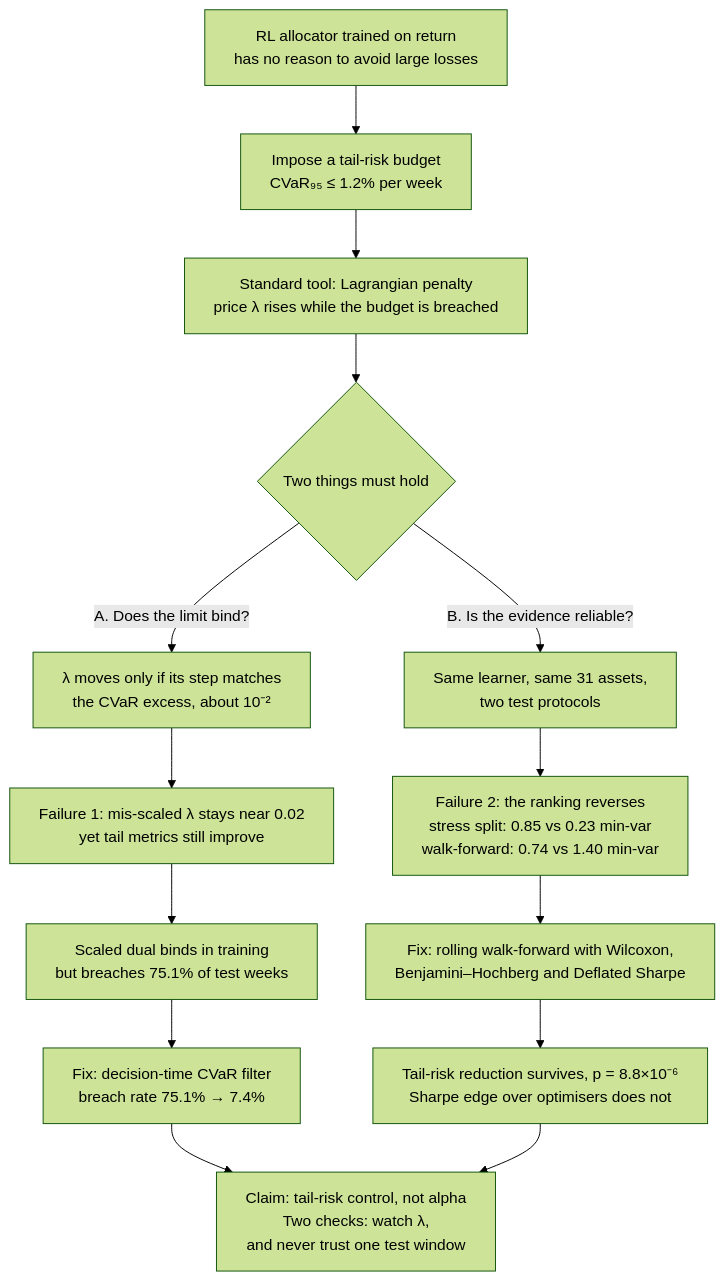
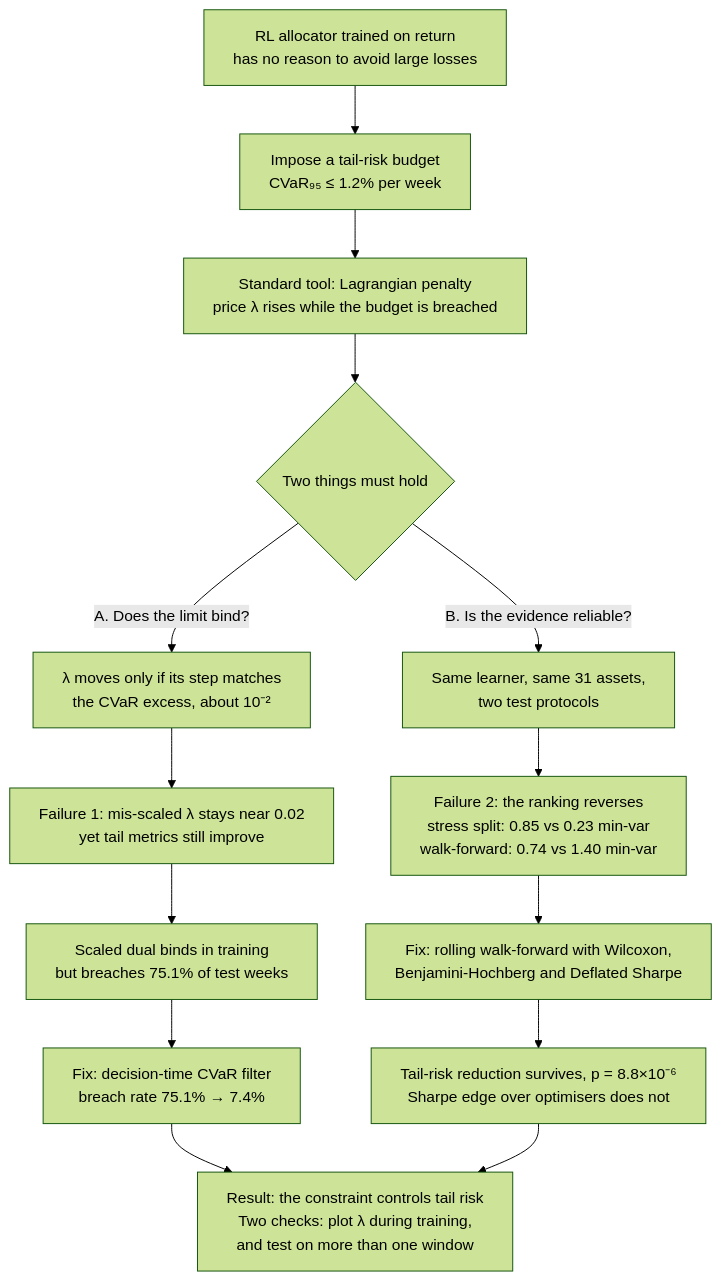
Before and after one commit to nl2992/cvar-rl-portfolio-allocator: the first of 2 diagrams in README.md, drawn with Mermaid (forest theme). The commit also changed other lines of this file and 1 other file, not shown here.

````diff
--- a/README.md
+++ b/README.md
@@ -48,17 +44,17 @@
 ```mermaid
 %%{init: {"flowchart": {"wrappingWidth": 320}}}%%
 flowchart TD
     T1["RL allocator trained on return<br/>has no reason to avoid large losses"] --> T2["Impose a tail-risk budget<br/>CVaR₉₅ ≤ 1.2% per week"]
     T2 --> T3["Standard tool: Lagrangian penalty<br/>price λ rises while the budget is breached"]
     T3 --> T4{"Two things must hold"}
     T4 -->|"A. Does the limit bind?"| A1["λ moves only if its step matches<br/>the CVaR excess, about 10⁻²"]
     A1 --> A2["Failure 1: mis-scaled λ stays near 0.02<br/>yet tail metrics still improve"]
     A2 --> A3["Scaled dual binds in training<br/>but breaches 75.1% of test weeks"]
     A3 --> A4["Fix: decision-time CVaR filter<br/>breach rate 75.1% → 7.4%"]
     T4 -->|"B. Is the evidence reliable?"| B1["Same learner, same 31 assets,<br/>two test protocols"]
     B1 --> B2["Failure 2: the ranking reverses<br/>stress split: 0.85 vs 0.23 min-var<br/>walk-forward: 0.74 vs 1.40 min-var"]
-    B2 --> B3["Fix: rolling walk-forward with Wilcoxon,<br/>Benjamini–Hochberg and Deflated Sharpe"]
+    B2 --> B3["Fix: rolling walk-forward with Wilcoxon,<br/>Benjamini-Hochberg and Deflated Sharpe"]
     B3 --> B4["Tail-risk reduction survives, p = 8.8×10⁻⁶<br/>Sharpe edge over optimisers does not"]
-    A4 --> C["Claim: tail-risk control, not alpha<br/>Two checks: watch λ,<br/>and never trust one test window"]
+    A4 --> C["Result: the constraint controls tail risk<br/>Two checks: plot λ during training,<br/>and test on more than one window"]
     B4 --> C
 ```
````
